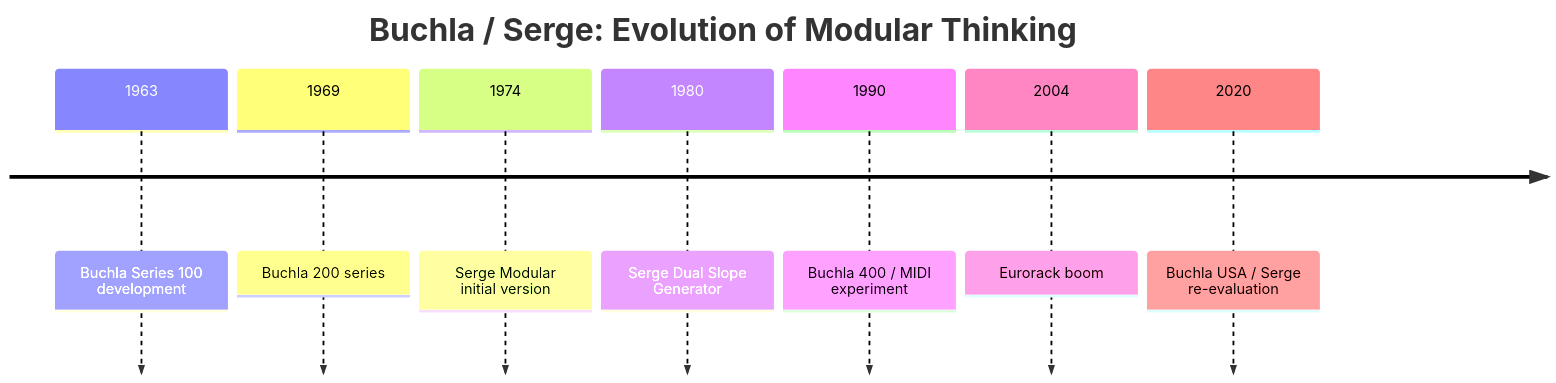
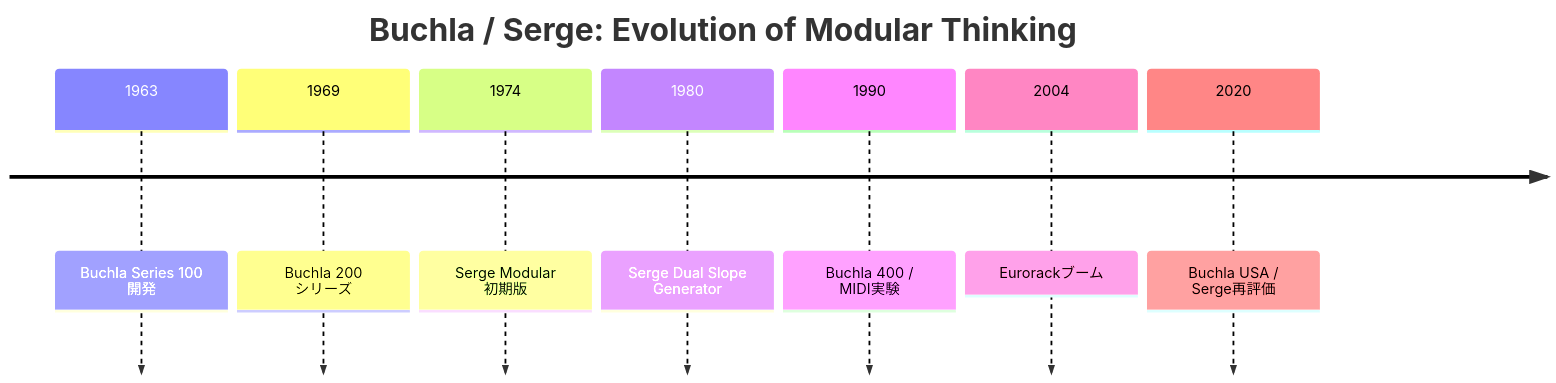
One commit to monumental-movement/monumental-movement.github.io changed the second of 2 diagrams in en/_posts/2025-10-25-column-buchla-serge.md. Above: the diagram before and after it, drawn with Mermaid. The commit also changed other lines of this file and 1701 other files, not shown here.

```diff
--- a/en/_posts/2025-10-25-column-buchla-serge.md
+++ b/en/_posts/2025-10-25-column-buchla-serge.md
@@ -147,13 +144,13 @@
 <div class="mermaid">
 
 timeline
-title Buchla / Serge: Evolution of Modular Thinking
-1963 : Buchla Series 100 development
-1969 : Buchla 200 series
-1974 : Serge Modular initial version
-1980 : Serge Dual Slope Generator
-1990 : Buchla 400 / MIDI experiment
-2004 : Eurorack boom
-2020 : Buchla USA / Serge re-evaluation
+  title Buchla / Serge: Evolution of Modular Thinking
+  1963 : Buchla Series 100 開発
+  1969 : Buchla 200 シリーズ
+  1974 : Serge Modular 初期版
+  1980 : Serge Dual Slope Generator
+  1990 : Buchla 400 / MIDI実験
+  2004 : Eurorackブーム
+  2020 : Buchla USA / Serge再評価
 
 </div>
```
